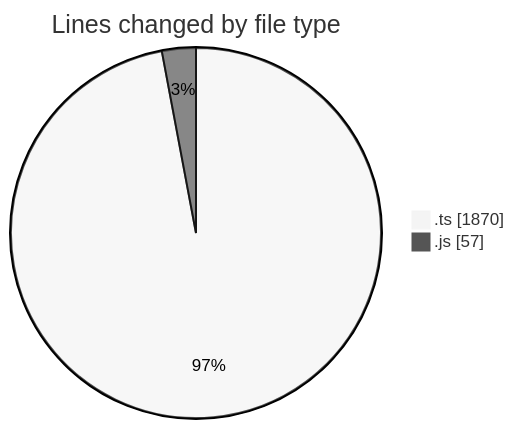
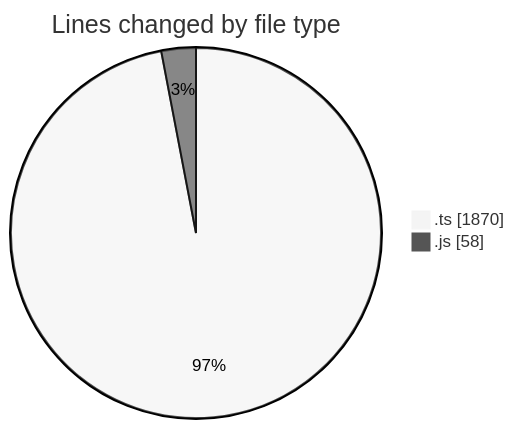
The first of 2 diagrams in 2026-11-03/cda/README.md (momahboobian/code-tracking), drawn with Mermaid (neutral theme) before and after one commit. The commit also changed other lines of this file and 1 other file, not shown here.

````diff
--- a/2026-11-03/cda/README.md
+++ b/2026-11-03/cda/README.md
@@ -28,6 +28,6 @@
 ```mermaid
 pie showData
 title Lines changed by file type
 ".ts" : 1870
-".js" : 57
+".js" : 58
 ```
````
